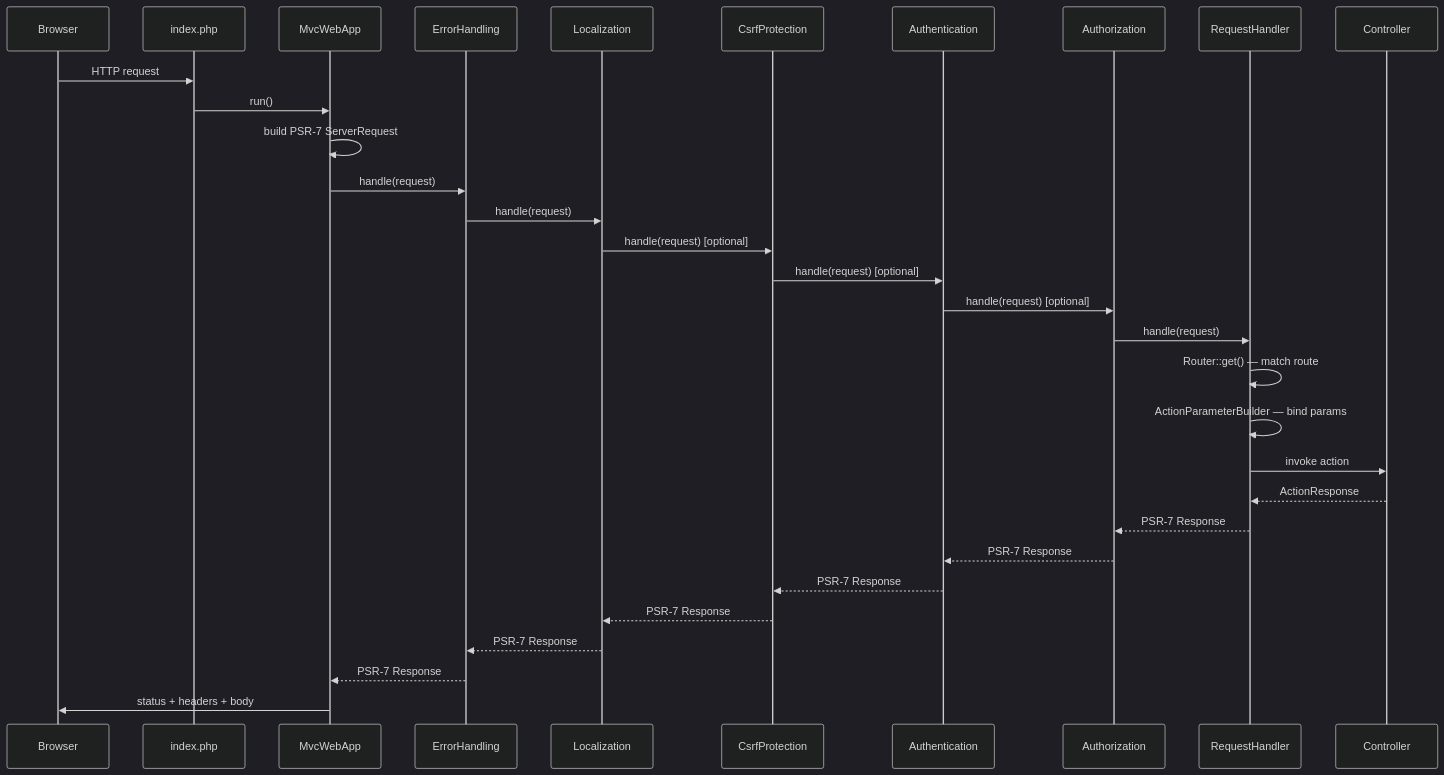
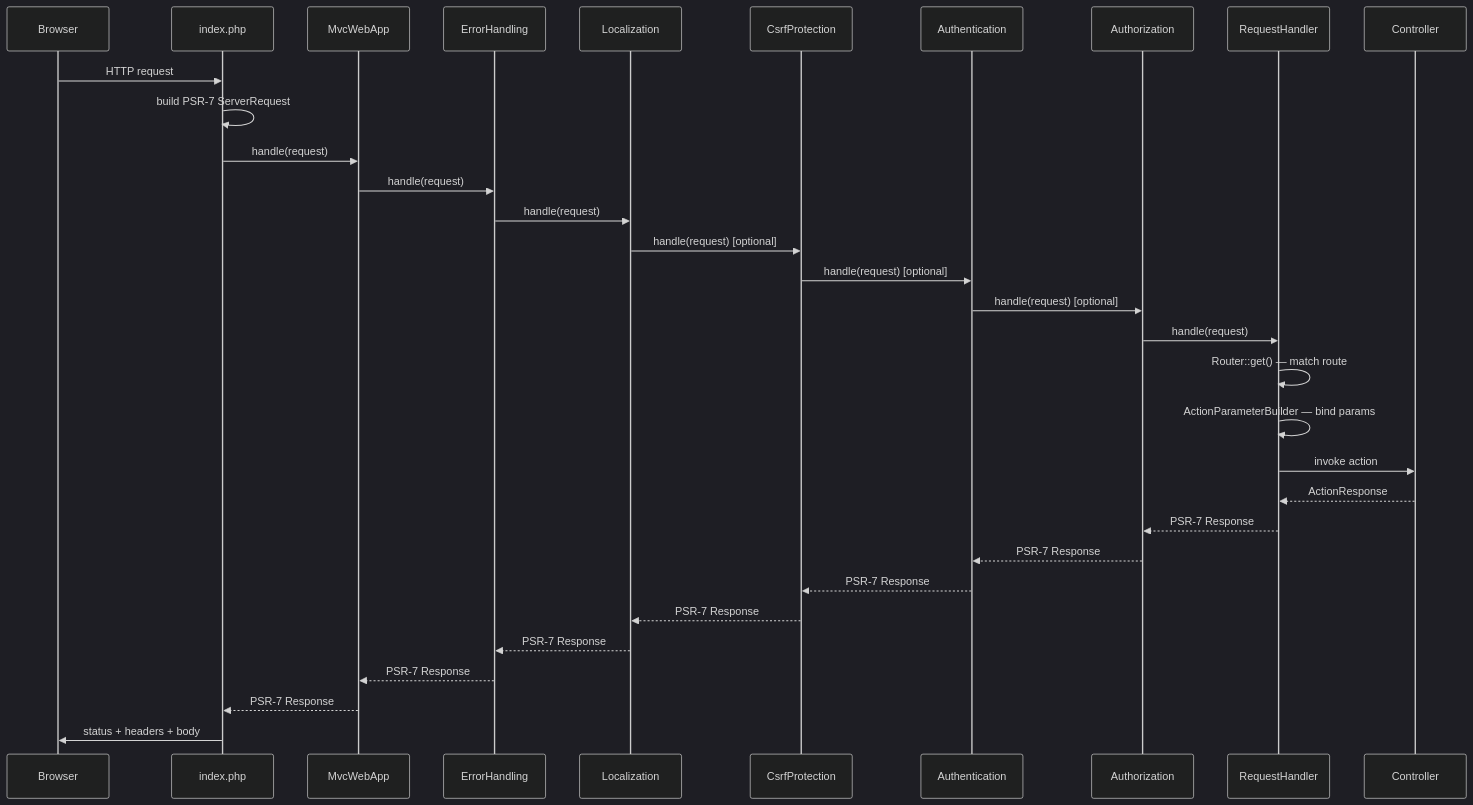
The diagram in docs/core-concepts/request-lifecycle.md (aseguragonzalez/php-mvc), drawn with Mermaid (dark theme) before and after one commit. The commit also changed other lines of this file and 7 other files, not shown here.

First line of the commit message:
refactor: MvcWebApp implements RequestHandlerInterface directly

````diff
--- a/docs/core-concepts/request-lifecycle.md
+++ b/docs/core-concepts/request-lifecycle.md
@@ -7,34 +7,35 @@
 ```mermaid
 sequenceDiagram
     participant B as Browser
     participant E as index.php
     participant App as MvcWebApp
     participant EH as ErrorHandling
     participant Loc as Localization
     participant CSRF as CsrfProtection
     participant Auth as Authentication
     participant Authz as Authorization
     participant RH as RequestHandler
     participant C as Controller
 
     B->>E: HTTP request
-    E->>App: run()
-    App->>App: build PSR-7 ServerRequest
+    E->>E: build PSR-7 ServerRequest
+    E->>App: handle(request)
     App->>EH: handle(request)
     EH->>Loc: handle(request)
     Loc->>CSRF: handle(request) [optional]
     CSRF->>Auth: handle(request) [optional]
     Auth->>Authz: handle(request) [optional]
     Authz->>RH: handle(request)
     RH->>RH: Router::get() — match route
     RH->>RH: ActionParameterBuilder — bind params
     RH->>C: invoke action
     C-->>RH: ActionResponse
     RH-->>Authz: PSR-7 Response
     Authz-->>Auth: PSR-7 Response
     Auth-->>CSRF: PSR-7 Response
     CSRF-->>Loc: PSR-7 Response
     Loc-->>EH: PSR-7 Response
     EH-->>App: PSR-7 Response
-    App->>B: status + headers + body
+    App-->>E: PSR-7 Response
+    E->>B: status + headers + body
 ```
````
